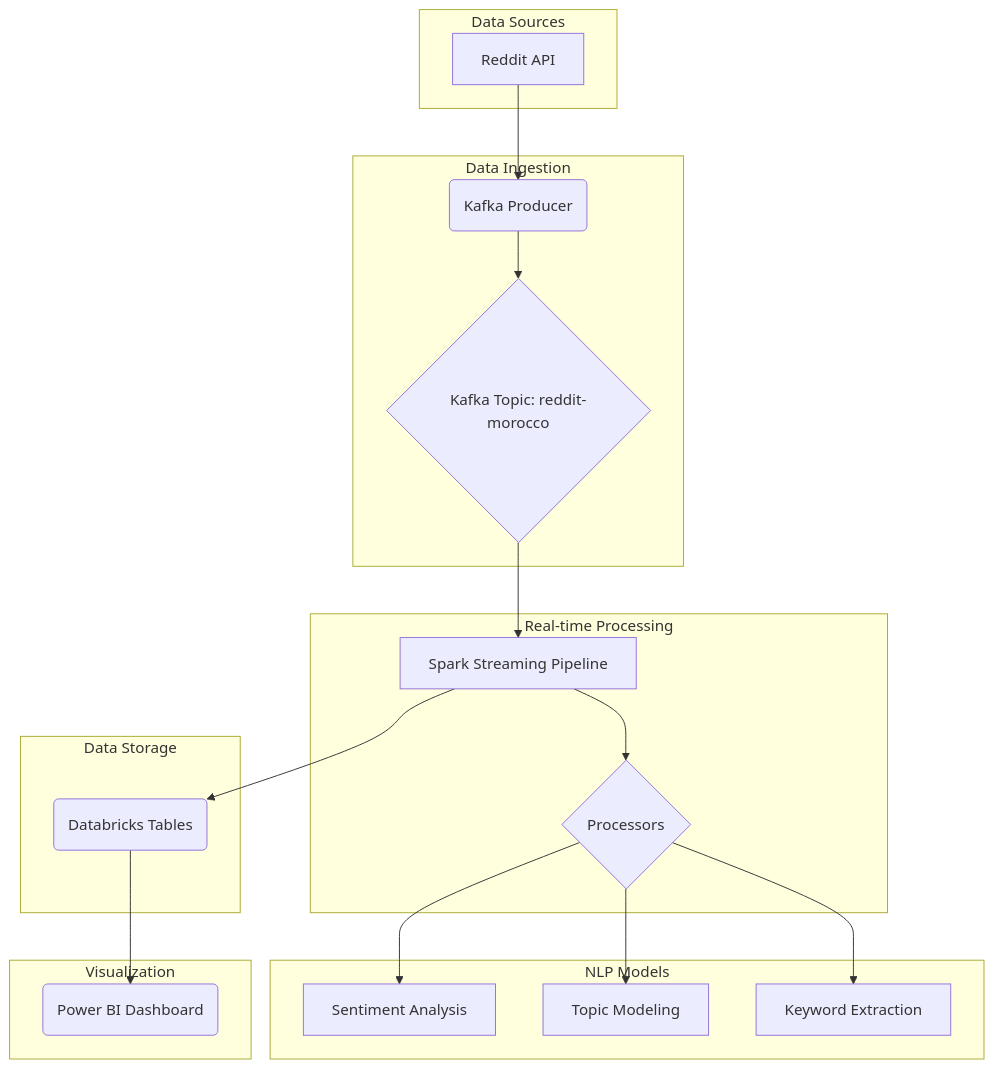
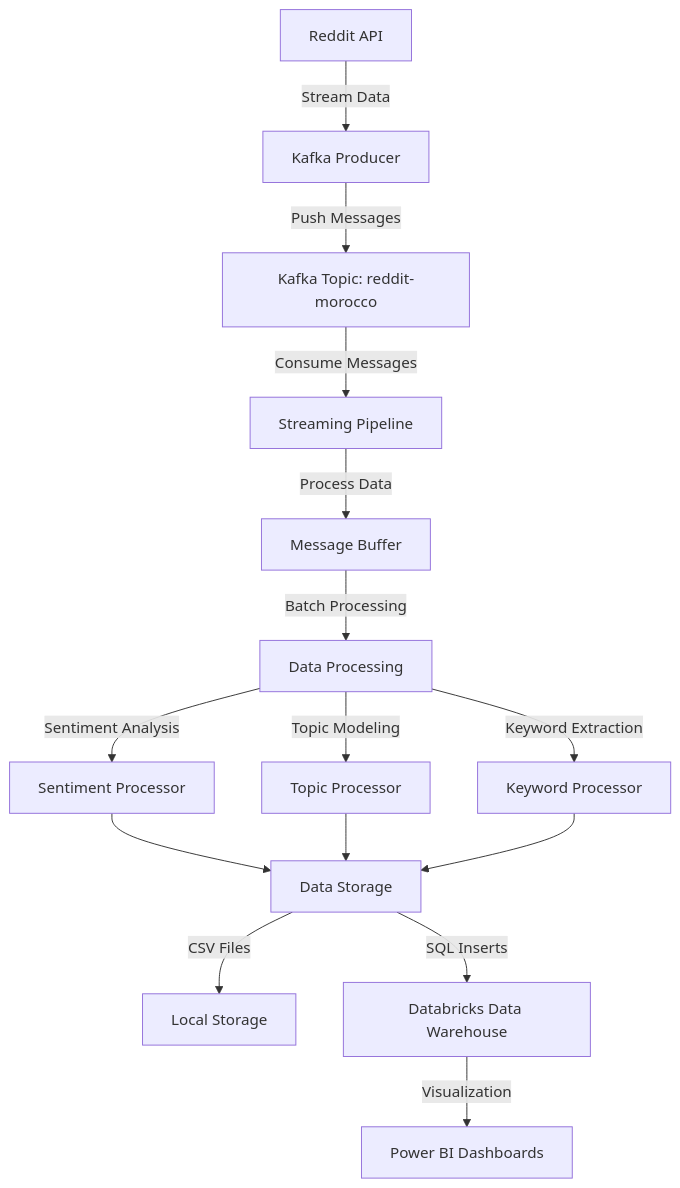
The diagram in README.md (mouadenna/Reddit-comm-radar), drawn with Mermaid before and after one commit. The commit also changed 2 other files, not shown here.

````diff
--- a/README.md
+++ b/README.md
@@ -9,40 +9,18 @@
 ```mermaid
 graph TD
-    A[Reddit API] --> B(Kafka Producer);
-    B --> C{Kafka Topic: reddit-morocco};
-    C --> D[Spark Streaming Pipeline];
-    D --> E{Processors};
-    E --> F[Sentiment Analysis];
-    E --> G[Topic Modeling];
-    E --> H[Keyword Extraction];
-    D --> I(Databricks Tables);
-    I --> K(Power BI Dashboard);
+    A[Reddit API] -->|Stream Data| B[Kafka Producer]
+    B -->|Push Messages| C[Kafka Topic: reddit-morocco]
+    C -->|Consume Messages| D[Streaming Pipeline]
+    D -->|Process Data| E[Message Buffer]
+    E -->|Batch Processing| F[Data Processing]
+    F -->|Sentiment Analysis| G[Sentiment Processor]
+    F -->|Topic Modeling| H[Topic Processor]
+    F -->|Keyword Extraction| I[Keyword Processor]
+    G --> J[Data Storage]
+    H --> J
+    I --> J
+    J -->|CSV Files| K[Local Storage]
+    J -->|SQL Inserts| L[Databricks Data Warehouse]
+    L -->|Visualization| M[Power BI Dashboards]
 
-    subgraph "Data Sources"
-        A
-    end
-
-    subgraph "Data Ingestion"
-        B
-        C
-    end
-
-    subgraph "Real-time Processing"
-        D
-        E
-    end
-
-    subgraph "NLP Models"
-        F
-        G
-        H
-    end
-
-    subgraph "Data Storage"
-        I
-    end
-
-    subgraph "Visualization"
-        K
-    end
 ```
````
